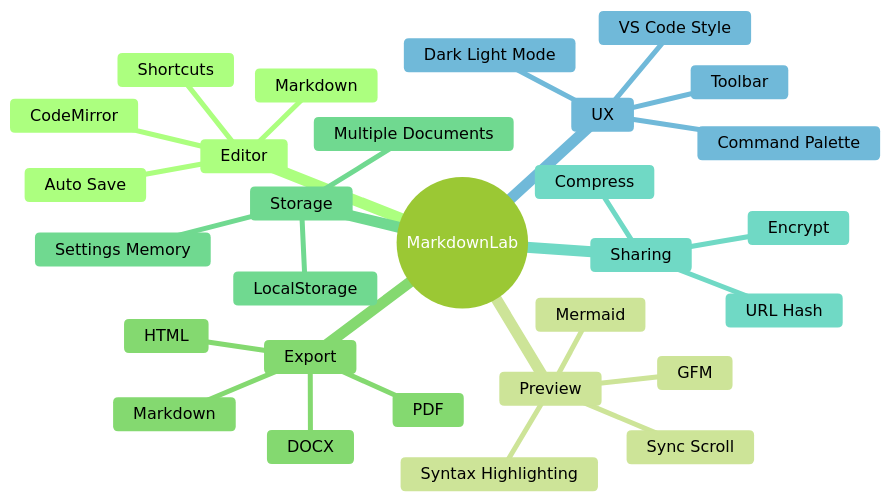
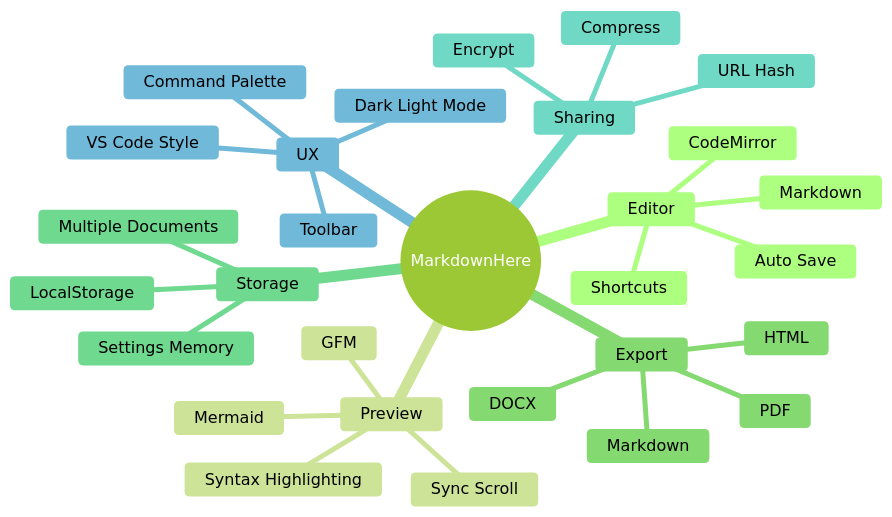
The first of 23 diagrams in MarkdownLab.md (Aaroophan/MarkdownLab), drawn with Mermaid (forest theme) before and after one commit. The commit also changed other lines of this file and 38 other files, not shown here.

Commit message:
MarkdownHere

````diff
--- a/MarkdownLab.md
+++ b/MarkdownLab.md
@@ -81,32 +81,32 @@
 ```mermaid
 mindmap
-  root((MarkdownLab))
+  root((MarkdownHere))
     Editor
       Markdown
       CodeMirror
       Shortcuts
       Auto Save
     Preview
       GFM
       Mermaid
       Syntax Highlighting
       Sync Scroll
     Export
       Markdown
       HTML
       PDF
       DOCX
     Storage
       LocalStorage
       Multiple Documents
       Settings Memory
     Sharing
       Compress
       Encrypt
       URL Hash
     UX
       VS Code Style
       Command Palette
       Toolbar
       Dark Light Mode
 ```
````
